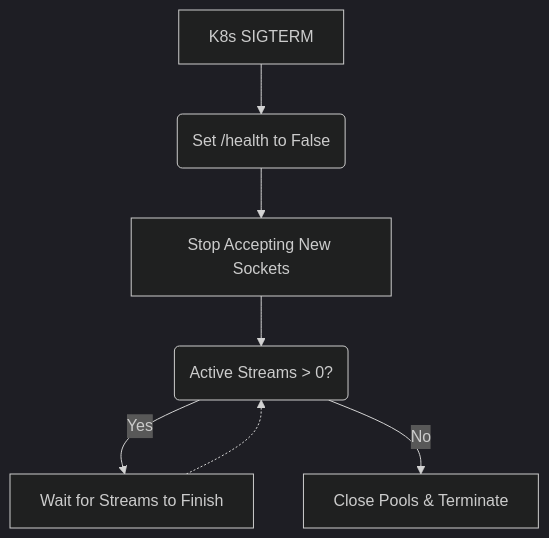
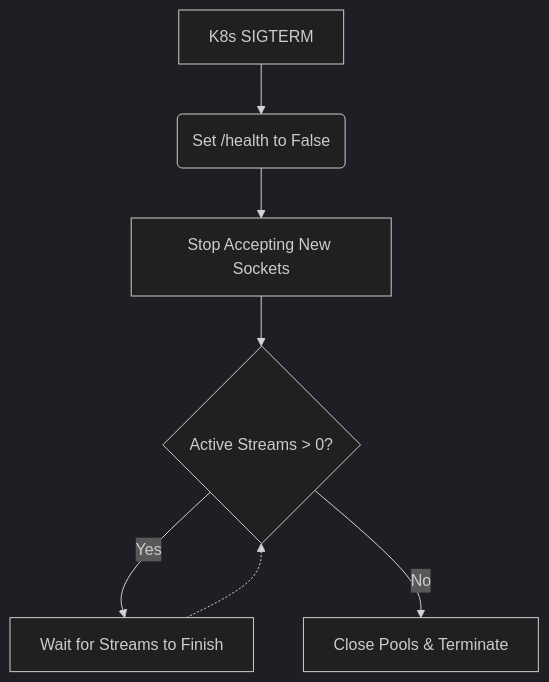
The diagram in website/docs/features/advanced-threat-defense-enterprise-resilience/graceful-shutdown-pod-drain.md (ninadphalak/LLM-Shield-Proxy), drawn with Mermaid (dark theme) before and after one commit. The commit also changed other lines of this file and 94 other files, not shown here.

````diff
--- a/website/docs/features/advanced-threat-defense-enterprise-resilience/graceful-shutdown-pod-drain.md
+++ b/website/docs/features/advanced-threat-defense-enterprise-resilience/graceful-shutdown-pod-drain.md
@@ -18,9 +16,9 @@
 ```mermaid
 flowchart TD
     A[K8s SIGTERM] --> B(Set /health to False)
     B --> C[Stop Accepting New Sockets]
-    C --> D(Active Streams > 0?)
+    C --> D{Active Streams > 0?}
     D -->|Yes| E[Wait for Streams to Finish]
     E -.-> D
     D -->|No| F[Close Pools & Terminate]
 ```
````
